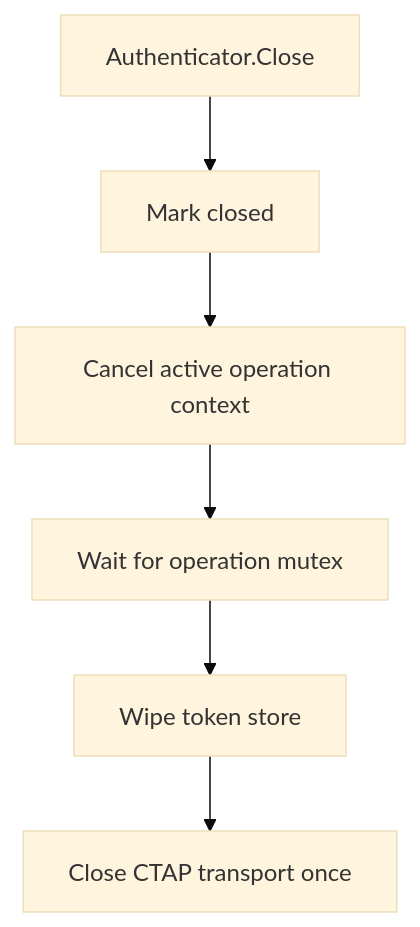
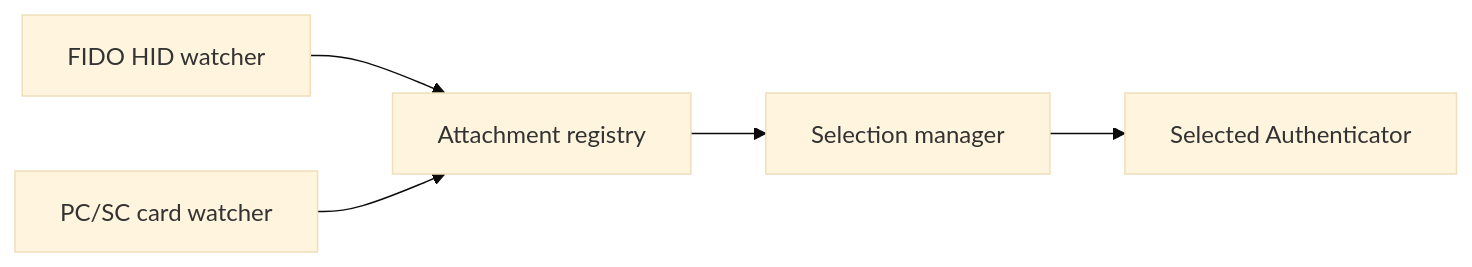
The first of 2 diagrams in docs/current-runtime-flows.md (go-ctap/kit), drawn with Mermaid (base theme) before and after one commit. The commit also changed other lines of this file and 35 other files, not shown here.

````diff
--- a/docs/current-runtime-flows.md
+++ b/docs/current-runtime-flows.md
@@ -128,8 +8,7 @@
 ```mermaid
-flowchart TD
-  A["Authenticator.Close"] --> B["Mark closed"]
-  B --> C["Cancel active operation context"]
-  C --> D["Wait for operation mutex"]
-  D --> E["Wipe token store"]
-  E --> F["Close CTAP transport once"]
+flowchart LR
+  H["FIDO HID watcher"] --> R["Attachment registry"]
+  P["PC/SC card watcher"] --> R
+  R --> M["Selection manager"]
+  M --> A["Selected Authenticator"]
 ```
````
